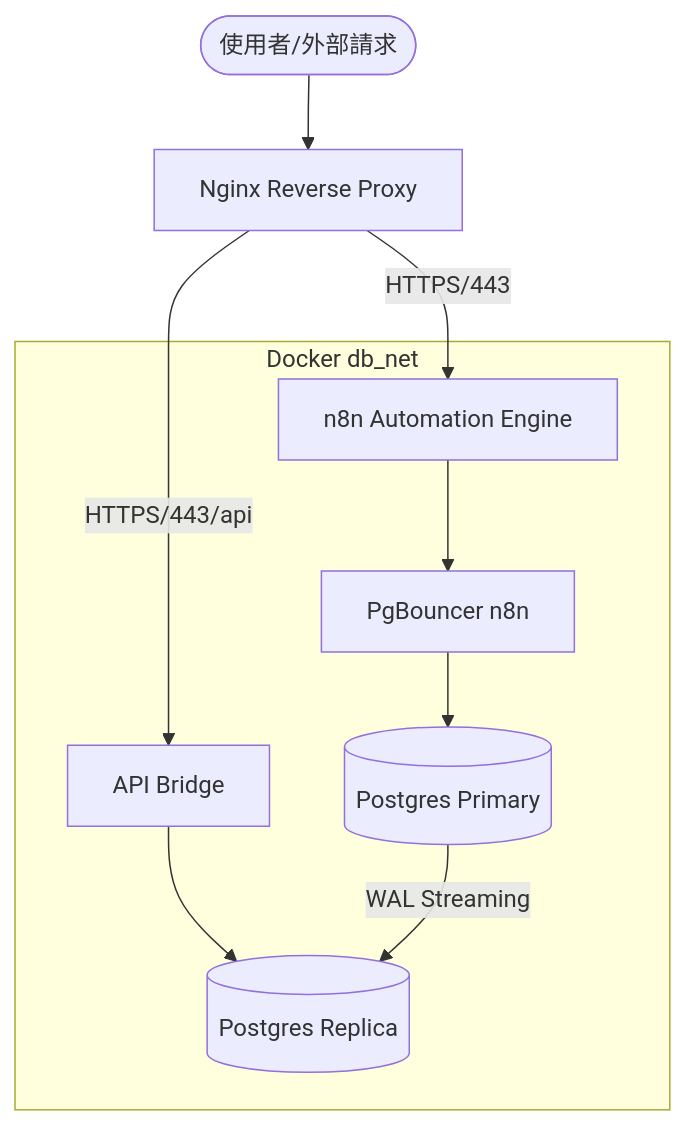
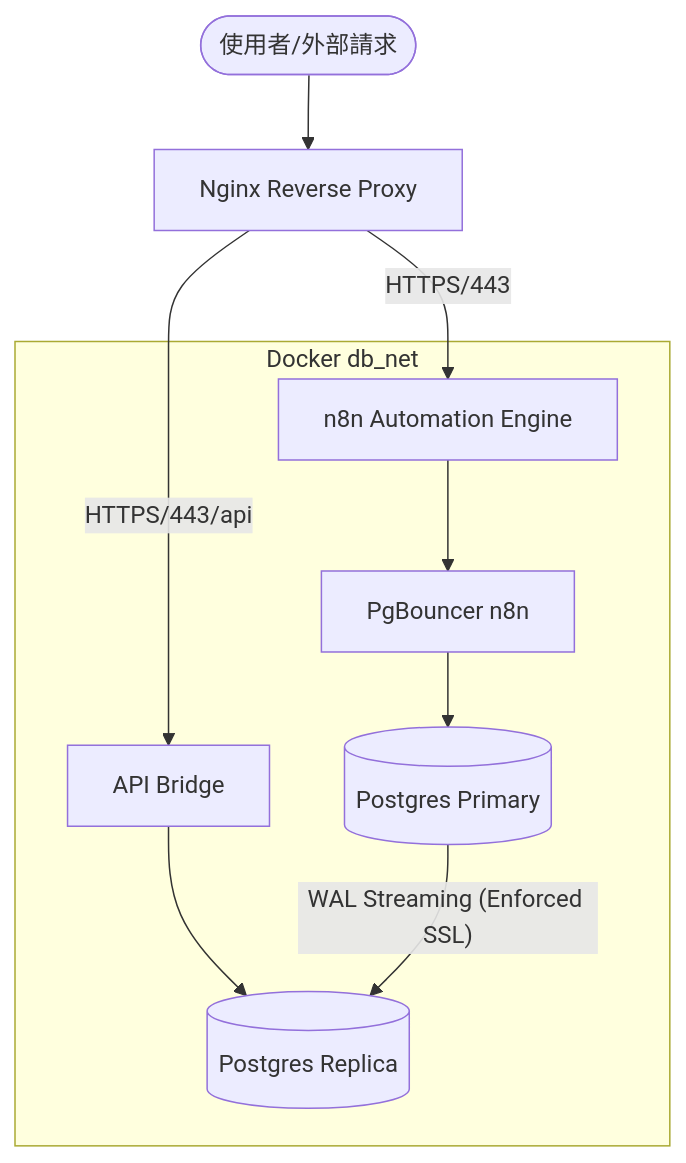
Before and after one commit to cosmic1330/n8n-postgres-docker-compose: the diagram in memory-docs/architecture.md, drawn with Mermaid. The commit also changed 15 other files, not shown here.

````diff
--- a/memory-docs/architecture.md
+++ b/memory-docs/architecture.md
@@ -7,15 +7,15 @@
 ```mermaid
 graph TD
     User([使用者/外部請求]) --> Nginx[Nginx Reverse Proxy]
     Nginx -- HTTPS/443 --> n8n[n8n Automation Engine]
     Nginx -- HTTPS/443/api --> APIB[API Bridge]
 
     subgraph Internal_Network [Docker db_net]
         APIB --> DB_Replica[(Postgres Replica)]
 
         n8n --> pgb_n8n[PgBouncer n8n]
         pgb_n8n --> DB_Primary[(Postgres Primary)]
 
-        DB_Primary -- WAL Streaming --> DB_Replica
+        DB_Primary -- WAL Streaming (Enforced SSL) --> DB_Replica
     end
 ```
````
